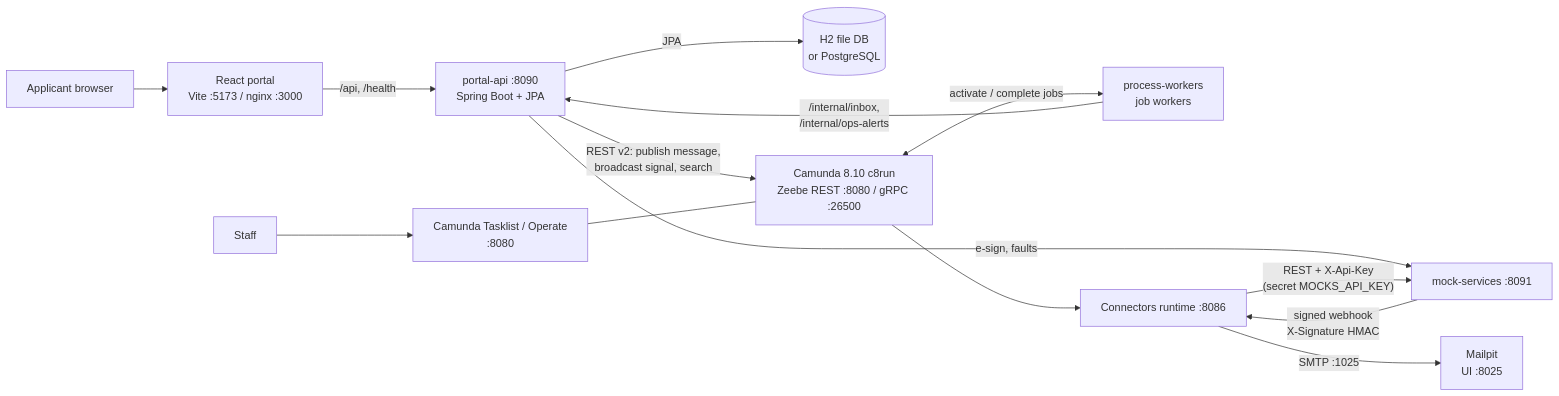
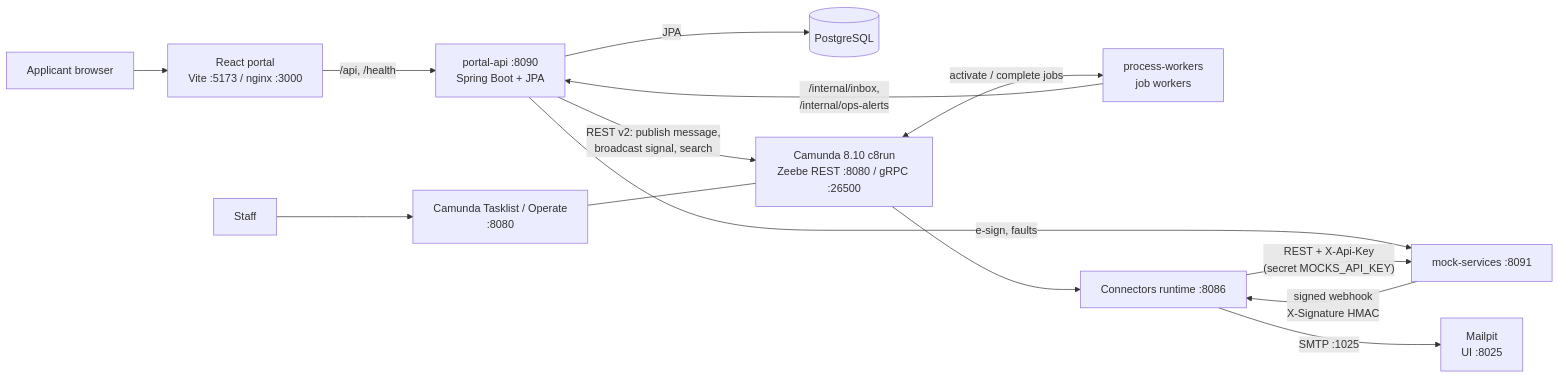
One commit to NoThisIsVIN/WFA-FINAL-PROJECT changed the first of 2 diagrams in README.md. Above: the diagram before and after it, drawn with Mermaid. The commit also changed other lines of this file, not shown here.

Commit message:
README: PostgreSQL is the main database

````diff
--- a/README.md
+++ b/README.md
@@ -103,16 +103,16 @@
 ```mermaid
 flowchart LR
     U[Applicant browser] --> FE[React portal<br/>Vite :5173 / nginx :3000]
     FE -- "/api, /health" --> API[portal-api :8090<br/>Spring Boot + JPA]
-    API -- JPA --> DB[(H2 file DB<br/>or PostgreSQL)]
+    API -- JPA --> DB[(PostgreSQL)]
     API -- "REST v2: publish message,<br/>broadcast signal, search" --> C8[Camunda 8.10 c8run<br/>Zeebe REST :8080 / gRPC :26500]
     API -- "e-sign, faults" --> MOCK[mock-services :8091]
     C8 <-- "activate / complete jobs" --> W[process-workers<br/>job workers]
     W -- "/internal/inbox,<br/>/internal/ops-alerts" --> API
     C8 --> CON[Connectors runtime :8086]
     CON -- "REST + X-Api-Key<br/>(secret MOCKS_API_KEY)" --> MOCK
     CON -- "SMTP :1025" --> MAIL[Mailpit<br/>UI :8025]
     MOCK -- "signed webhook<br/>X-Signature HMAC" --> CON
     STAFF[Staff] --> TL[Camunda Tasklist / Operate<br/>:8080]
     TL --- C8
 ```
````
